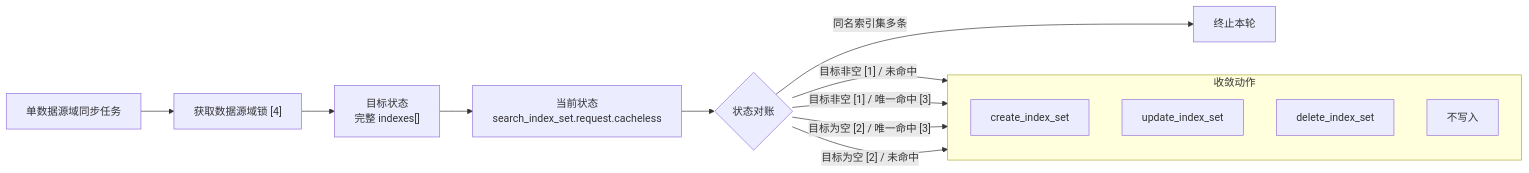
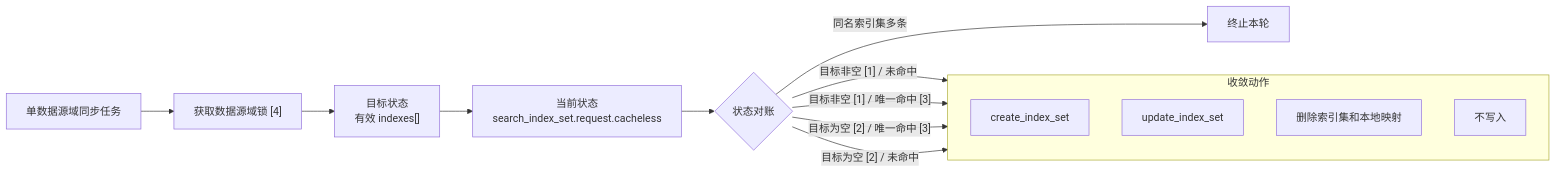
One commit to ZhuoZhuoCrayon/ai-workspace changed the second of 2 diagrams in knowledge/bkmonitor/issues/2026-07-31-apm-cross-app-trace-search/PLAN.md. Above: the diagram before and after it, drawn with Mermaid. The commit also changed other lines of this file, not shown here.

````diff
--- a/knowledge/bkmonitor/issues/2026-07-31-apm-cross-app-trace-search/PLAN.md
+++ b/knowledge/bkmonitor/issues/2026-07-31-apm-cross-app-trace-search/PLAN.md
@@ -86,21 +89,21 @@
 ```mermaid
 flowchart LR
     Task["单数据源域同步任务"] --> Lock["获取数据源域锁 [4]"]
-    Lock --> Desired["目标状态<br />完整 indexes[]"]
+    Lock --> Desired["目标状态<br />有效 indexes[]"]
     Desired --> Current["当前状态<br />search_index_set.request.cacheless"]
     Current --> Reconcile{"状态对账"}
 
     subgraph Actions["收敛动作"]
         direction TB
         Create["create_index_set"]
         Update["update_index_set"]
         Delete["delete_index_set"]
         Noop["不写入"]
     end
 
     Reconcile -- "目标非空 [1] / 未命中" --> Create
     Reconcile -- "目标非空 [1] / 唯一命中 [3]" --> Update
-    Reconcile -- "目标为空 [2] / 唯一命中 [3]" --> Delete
+    Reconcile -- "目标为空 [2] / 唯一命中 [3]" --> Delete["删除索引集和本地映射"]
     Reconcile -- "目标为空 [2] / 未命中" --> Noop
     Reconcile -- "同名索引集多条" --> Abort["终止本轮"]
 ```
````
